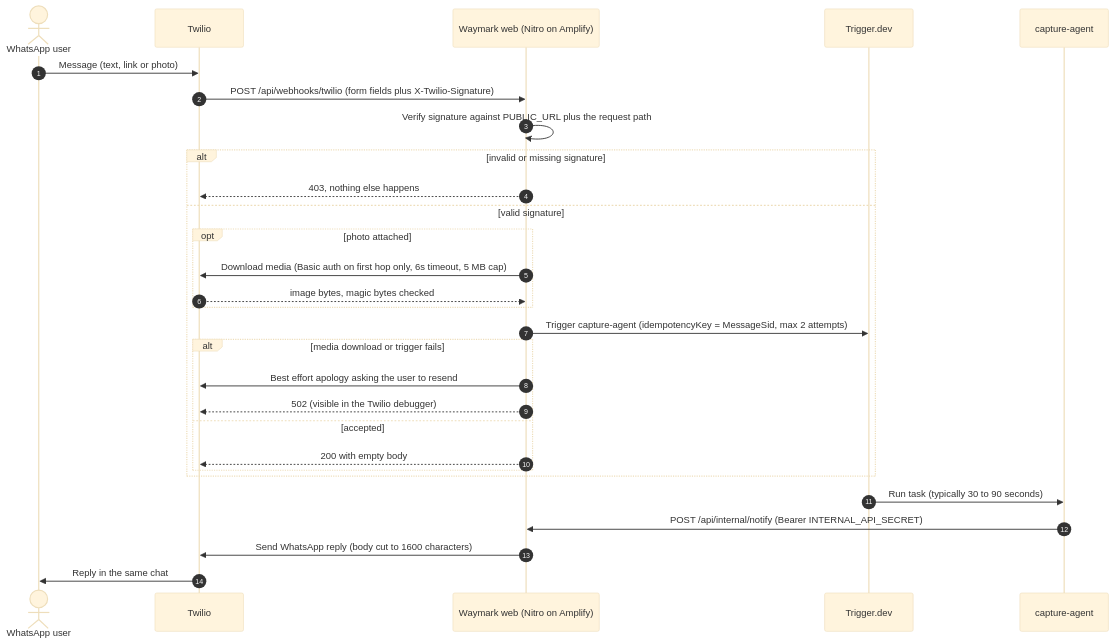
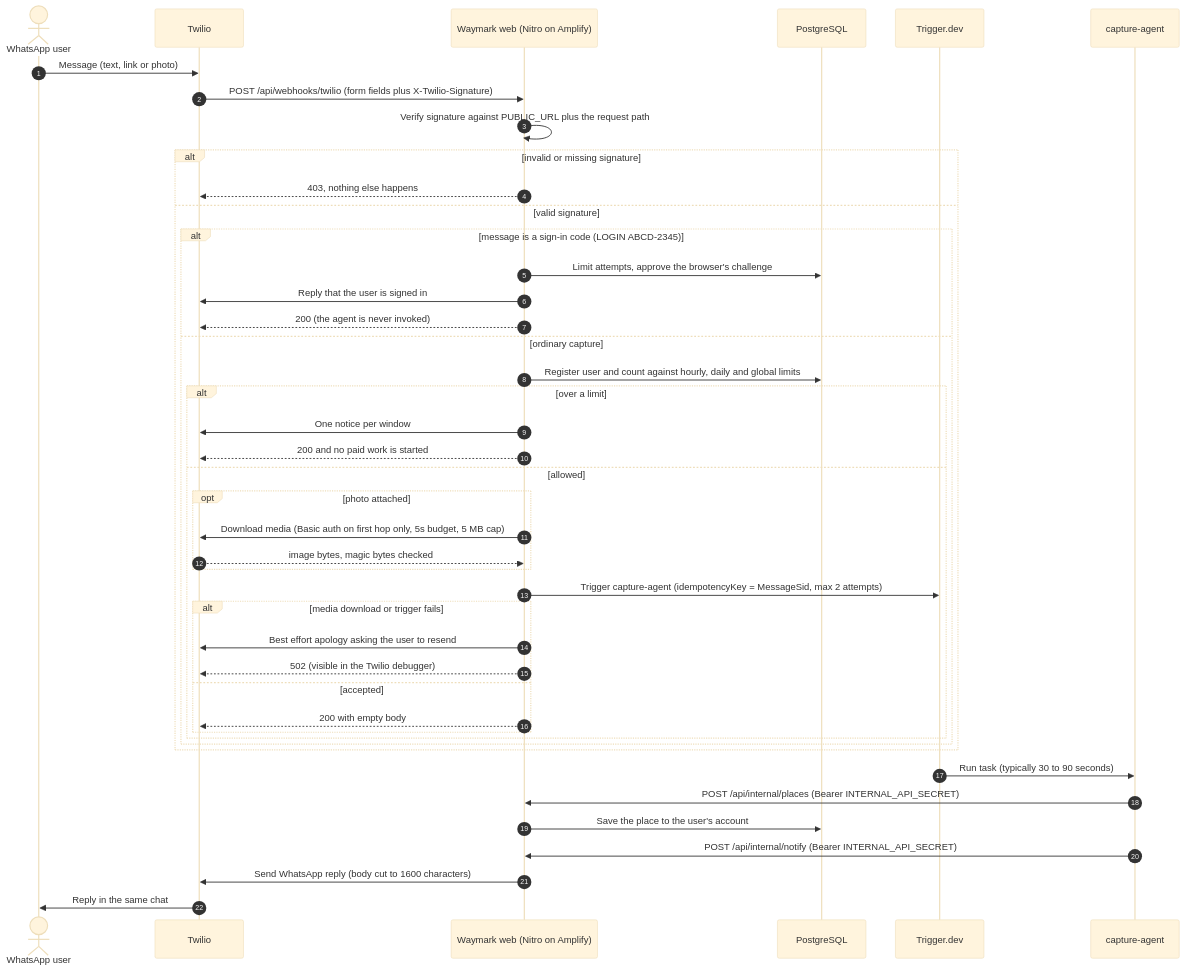
One commit to oyugimourice/waymark changed the second of 7 diagrams in docs/Architecture.md. Above: the diagram before and after it, drawn with Mermaid (base theme). The commit also changed other lines of this file, not shown here.

First line of the commit message:
Revise Architecture documentation for version 0.2.0

````diff
--- a/docs/Architecture.md
+++ b/docs/Architecture.md
@@ -82,31 +87,46 @@
 ```mermaid
 sequenceDiagram
   autonumber
   actor U as WhatsApp user
   participant T as Twilio
   participant W as Waymark web (Nitro on Amplify)
+  participant D as PostgreSQL
   participant G as Trigger.dev
   participant A as capture-agent
   U->>T: Message (text, link or photo)
   T->>W: POST /api/webhooks/twilio (form fields plus X-Twilio-Signature)
   W->>W: Verify signature against PUBLIC_URL plus the request path
   alt invalid or missing signature
     W-->>T: 403, nothing else happens
   else valid signature
-    opt photo attached
-      W->>T: Download media (Basic auth on first hop only, 6s timeout, 5 MB cap)
-      T-->>W: image bytes, magic bytes checked
-    end
-    W->>G: Trigger capture-agent (idempotencyKey = MessageSid, max 2 attempts)
-    alt media download or trigger fails
-      W->>T: Best effort apology asking the user to resend
-      W-->>T: 502 (visible in the Twilio debugger)
-    else accepted
-      W-->>T: 200 with empty body
+    alt message is a sign-in code (LOGIN ABCD-2345)
+      W->>D: Limit attempts, approve the browser's challenge
+      W->>T: Reply that the user is signed in
+      W-->>T: 200 (the agent is never invoked)
+    else ordinary capture
+      W->>D: Register user and count against hourly, daily and global limits
+      alt over a limit
+        W->>T: One notice per window
+        W-->>T: 200 and no paid work is started
+      else allowed
+        opt photo attached
+          W->>T: Download media (Basic auth on first hop only, 5s budget, 5 MB cap)
+          T-->>W: image bytes, magic bytes checked
+        end
+        W->>G: Trigger capture-agent (idempotencyKey = MessageSid, max 2 attempts)
+        alt media download or trigger fails
+          W->>T: Best effort apology asking the user to resend
+          W-->>T: 502 (visible in the Twilio debugger)
+        else accepted
+          W-->>T: 200 with empty body
+        end
+      end
     end
   end
   G->>A: Run task (typically 30 to 90 seconds)
+  A->>W: POST /api/internal/places (Bearer INTERNAL_API_SECRET)
+  W->>D: Save the place to the user's account
   A->>W: POST /api/internal/notify (Bearer INTERNAL_API_SECRET)
   W->>T: Send WhatsApp reply (body cut to 1600 characters)
   T->>U: Reply in the same chat
 ```
````
